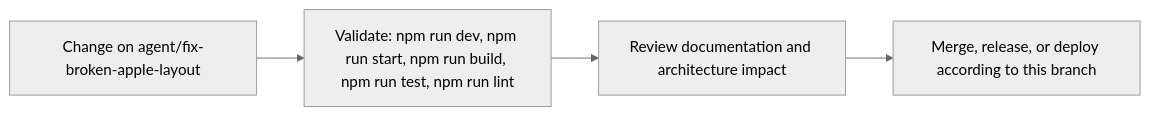
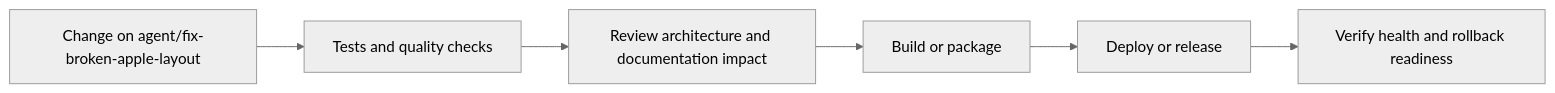
The fifth of 6 diagrams in README.md (Nischhalsubba/BindForge-NW), drawn with Mermaid (neutral theme) before and after one commit. The commit also changed other lines of this file, not shown here.

````diff
--- a/README.md
+++ b/README.md
@@ -87,8 +183,8 @@
 ```mermaid
 flowchart LR
-    CHANGE["Change on agent/fix-broken-apple-layout"]
-    CHECK["Validate: npm run dev, npm run start, npm run build, npm run test, npm run lint"]
-    REVIEW["Review documentation and architecture impact"]
-    RELEASE["Merge, release, or deploy according to this branch"]
-    CHANGE --> CHECK --> REVIEW --> RELEASE
+    CHANGE["Change on agent/fix-broken-apple-layout"] --> CHECK["Tests and quality checks"]
+    CHECK --> REVIEW["Review architecture and documentation impact"]
+    REVIEW --> BUILD["Build or package"]
+    BUILD --> DEPLOY["Deploy or release"]
+    DEPLOY --> VERIFY["Verify health and rollback readiness"]
 ```
````
